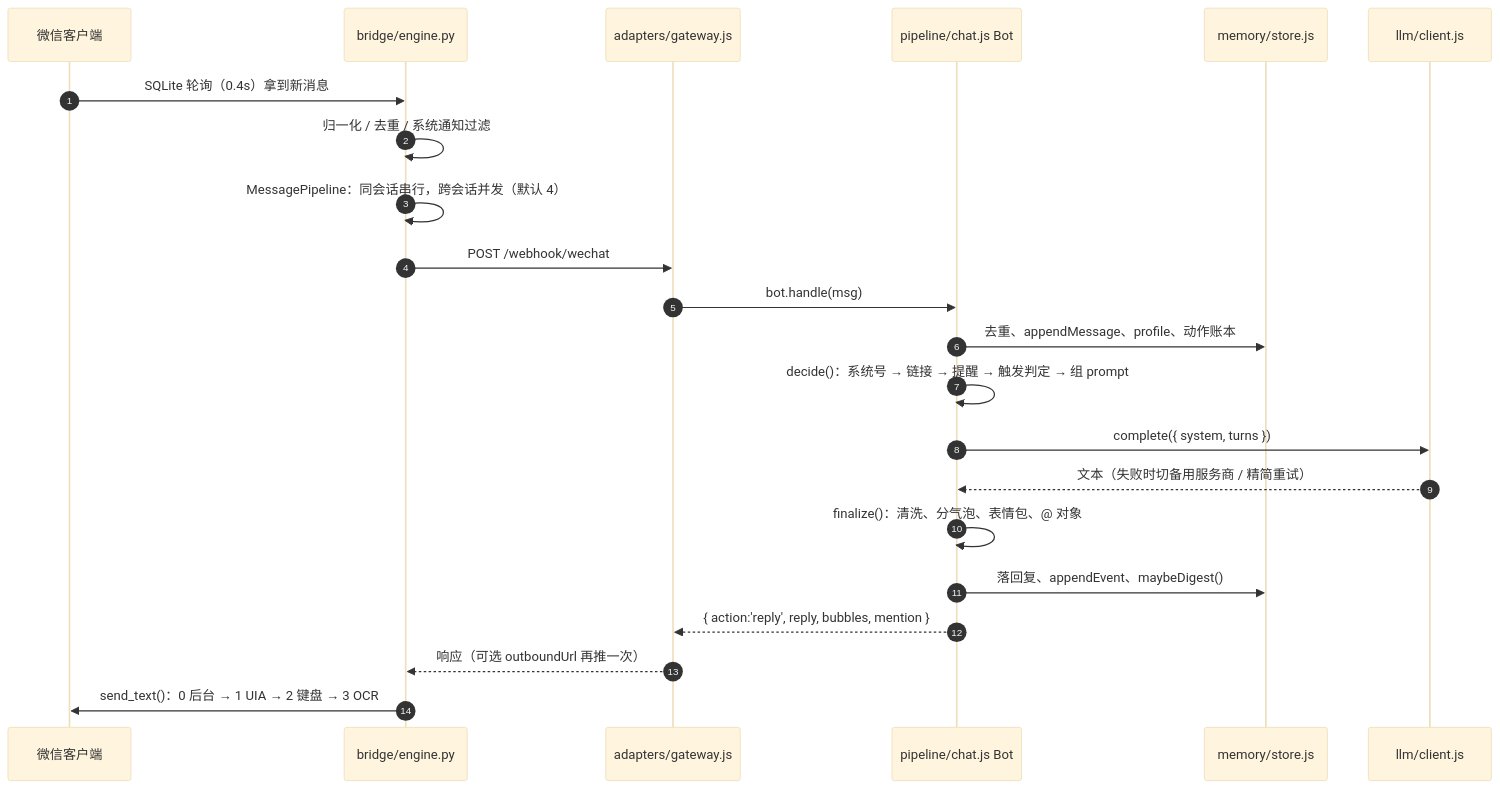
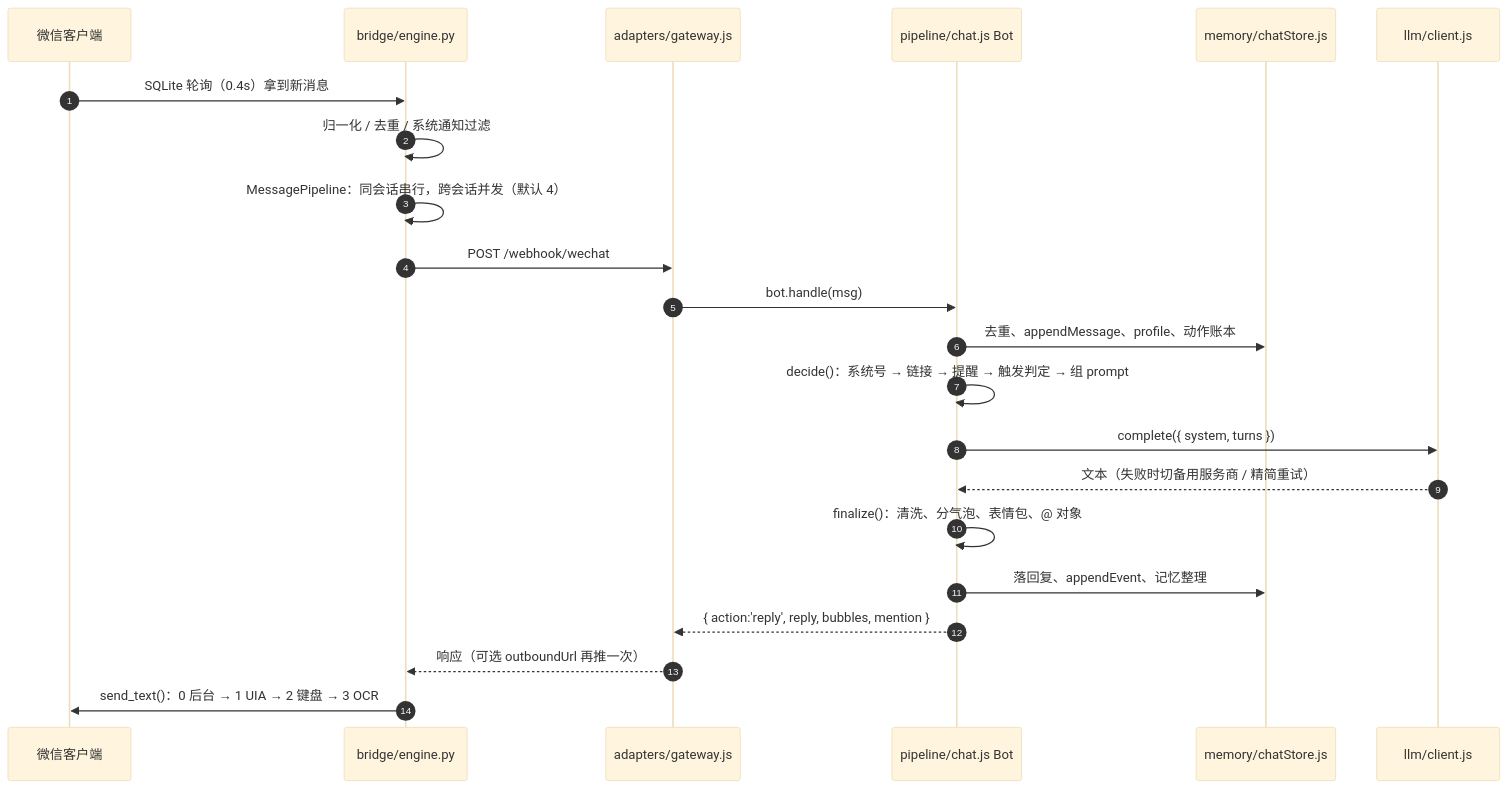
One commit to Banan1cee/whale_gril changed the third of 3 diagrams in docs/架构总览.md. Above: the diagram before and after it, drawn with Mermaid (base theme). The commit also changed other lines of this file and 25 other files, not shown here.

````diff
--- a/docs/架构总览.md
+++ b/docs/架构总览.md
@@ -120,25 +120,25 @@
 ```mermaid
 sequenceDiagram
   autonumber
   participant WX as 微信客户端
   participant BR as bridge/engine.py
   participant GW as adapters/gateway.js
   participant BOT as pipeline/chat.js Bot
-  participant ST as memory/store.js
+  participant ST as memory/chatStore.js
   participant LLM as llm/client.js
 
   WX->>BR: SQLite 轮询（0.4s）拿到新消息
   BR->>BR: 归一化 / 去重 / 系统通知过滤
   BR->>BR: MessagePipeline：同会话串行，跨会话并发（默认 4）
   BR->>GW: POST /webhook/wechat
   GW->>BOT: bot.handle(msg)
   BOT->>ST: 去重、appendMessage、profile、动作账本
   BOT->>BOT: decide()：系统号 → 链接 → 提醒 → 触发判定 → 组 prompt
   BOT->>LLM: complete({ system, turns })
   LLM-->>BOT: 文本（失败时切备用服务商 / 精简重试）
   BOT->>BOT: finalize()：清洗、分气泡、表情包、@ 对象
-  BOT->>ST: 落回复、appendEvent、maybeDigest()
+  BOT->>ST: 落回复、appendEvent、记忆整理
   BOT-->>GW: { action:'reply', reply, bubbles, mention }
   GW-->>BR: 响应（可选 outboundUrl 再推一次）
   BR->>WX: send_text()：0 后台 → 1 UIA → 2 键盘 → 3 OCR
 ```
````
